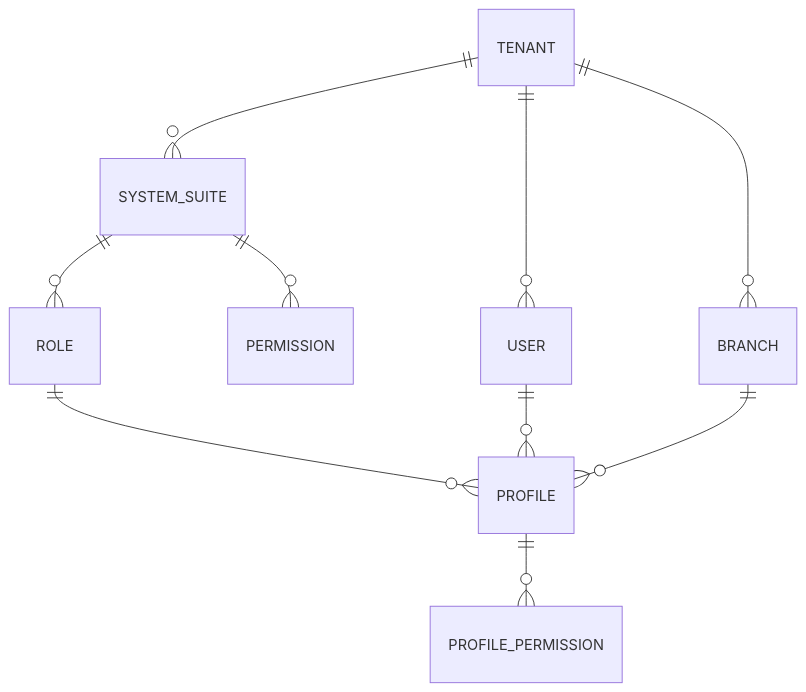
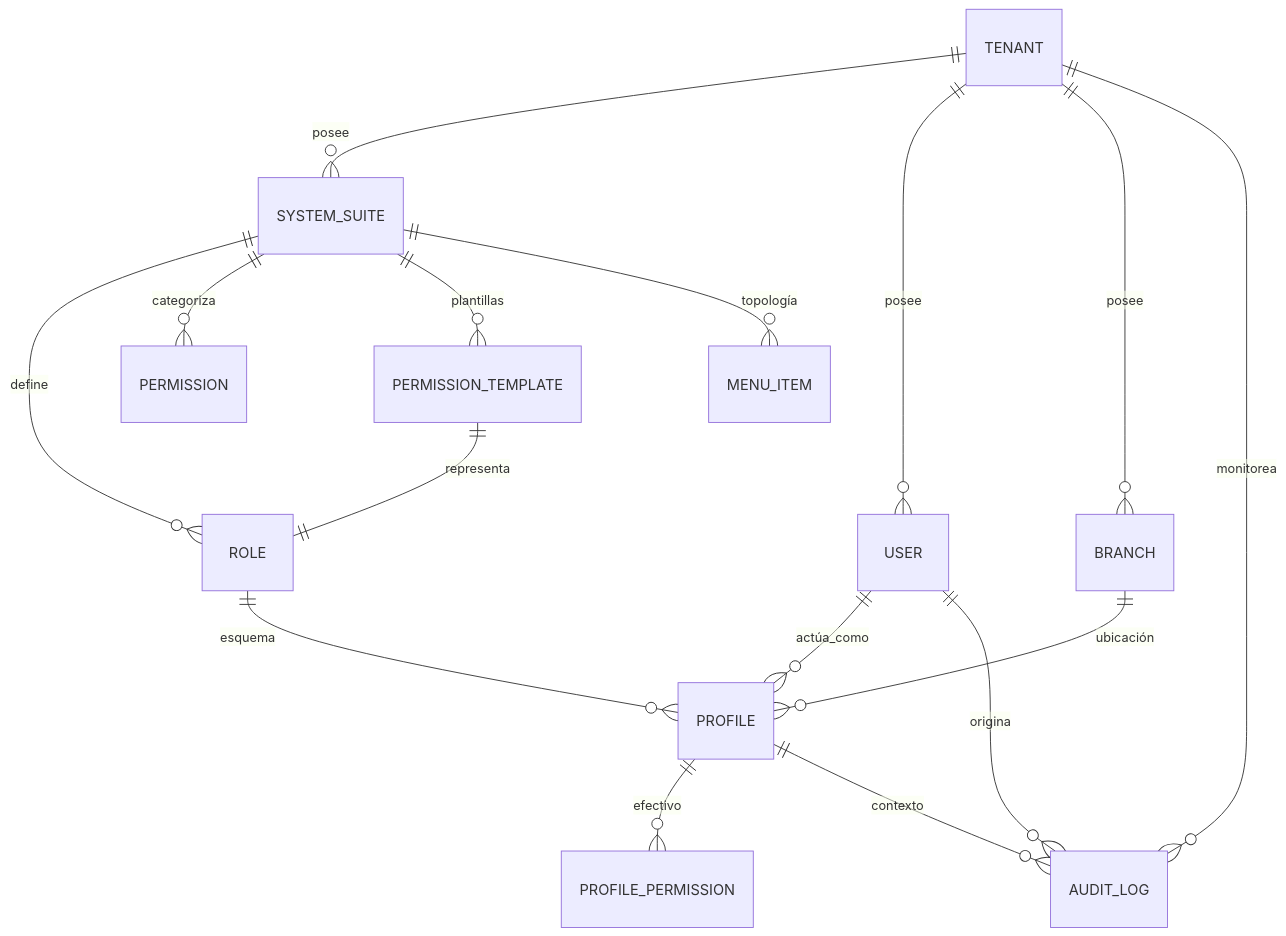
One commit to beyondnetcode/ums changed the first of 5 diagrams in architecture/blueprints-es/database-design-er.md. Above: the diagram before and after it, drawn with Mermaid. The commit also changed other lines of this file and 1 other file, not shown here.

Commit message:
docs(er): enhance global high-level map with templates and audit logs (EN/ES)

````diff
--- a/architecture/blueprints-es/database-design-er.md
+++ b/architecture/blueprints-es/database-design-er.md
@@ -40,12 +40,24 @@
 ```mermaid
 erDiagram
-    TENANT ||--o{ SYSTEM_SUITE : ""
-    TENANT ||--o{ USER : ""
-    TENANT ||--o{ BRANCH : ""
-    SYSTEM_SUITE ||--o{ ROLE : ""
-    SYSTEM_SUITE ||--o{ PERMISSION : ""
-    USER ||--o{ PROFILE : ""
-    ROLE ||--o{ PROFILE : ""
-    BRANCH ||--o{ PROFILE : ""
-    PROFILE ||--o{ PROFILE_PERMISSION : ""
+    TENANT ||--o{ SYSTEM_SUITE : "posee"
+    TENANT ||--o{ USER : "posee"
+    TENANT ||--o{ BRANCH : "posee"
+    TENANT ||--o{ AUDIT_LOG : "monitorea"
+    
+    SYSTEM_SUITE ||--o{ ROLE : "define"
+    SYSTEM_SUITE ||--o{ PERMISSION : "categoriza"
+    SYSTEM_SUITE ||--o{ PERMISSION_TEMPLATE : "plantillas"
+    SYSTEM_SUITE ||--o{ MENU_ITEM : "topología"
+    
+    USER ||--o{ PROFILE : "actúa_como"
+    USER ||--o{ AUDIT_LOG : "origina"
+    
+    ROLE ||--o{ PROFILE : "esquema"
+    
+    PERMISSION_TEMPLATE ||--|| ROLE : "representa"
+    
+    PROFILE ||--o{ PROFILE_PERMISSION : "efectivo"
+    PROFILE ||--o{ AUDIT_LOG : "contexto"
+    
+    BRANCH ||--o{ PROFILE : "ubicación"
 ```
````
